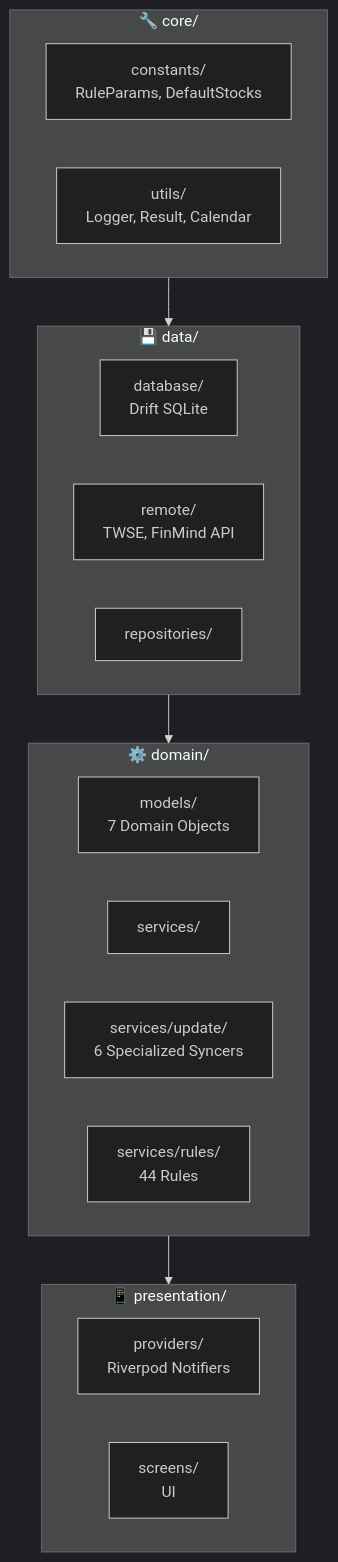
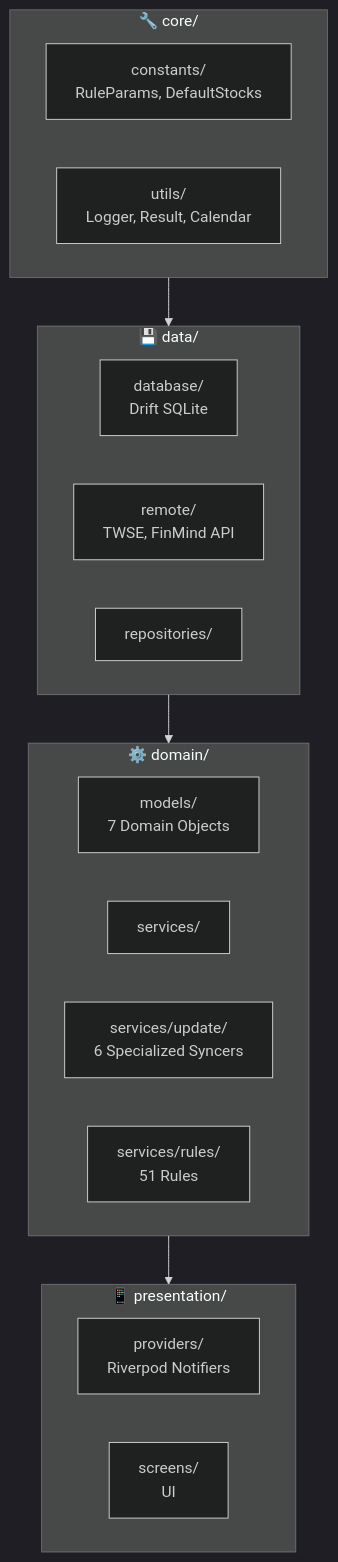
Before and after one commit to Neal75418/afterclose: the second of 6 diagrams in CLAUDE.md, drawn with Mermaid (dark theme). The commit also changed other lines of this file and 29 other files, not shown here.

````diff
--- a/CLAUDE.md
+++ b/CLAUDE.md
@@ -44,29 +52,29 @@
 ```mermaid
 flowchart TB
     subgraph Core["🔧 core/"]
         Constants["constants/<br/>RuleParams, DefaultStocks"]
         Utils["utils/<br/>Logger, Result, Calendar"]
     end
 
     subgraph Data["💾 data/"]
         Database["database/<br/>Drift SQLite"]
         Remote["remote/<br/>TWSE, FinMind API"]
         Repos["repositories/"]
     end
 
     subgraph Domain["⚙️ domain/"]
         Models["models/<br/>7 Domain Objects"]
         Services["services/"]
         Update["services/update/<br/>6 Specialized Syncers"]
-        Rules["services/rules/<br/>44 Rules"]
+        Rules["services/rules/<br/>51 Rules"]
     end
 
     subgraph Presentation["📱 presentation/"]
         Providers["providers/<br/>Riverpod Notifiers"]
         Screens["screens/<br/>UI"]
     end
 
     Core --> Data
     Data --> Domain
     Domain --> Presentation
 ```
````
